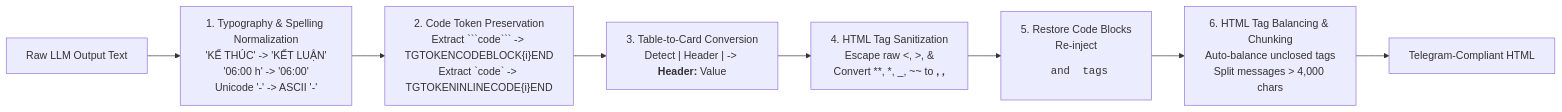
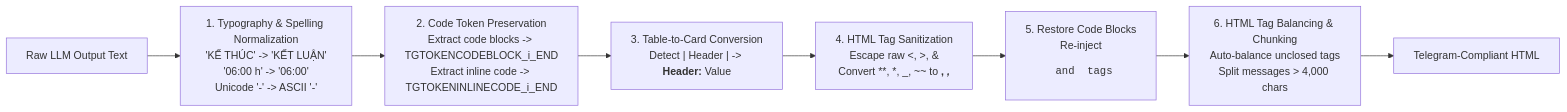
One commit to tranvanmanh9325/quan_ly_server changed the third of 9 diagrams in docs/telegram-ai-agent.md. Above: the diagram before and after it, drawn with Mermaid. The commit also changed other lines of this file and 10 other files, not shown here.

Commit message:
docs: finalize and polish Mermaid architectural diagrams across all documentation

````diff
--- a/docs/telegram-ai-agent.md
+++ b/docs/telegram-ai-agent.md
@@ -91,16 +88,10 @@
 ```mermaid
 flowchart LR
     RawLLM["Raw LLM Output Text"] --> Step1["1. Typography & Spelling Normalization\n'KẾ THÚC' -> 'KẾT LUẬN'\n'06:00 h' -> '06:00'\nUnicode '-' -> ASCII '-'"]
-    
-    Step1 --> Step2["2. Code Token Preservation\nExtract ```code``` -> TGTOKENCODEBLOCK{i}END\nExtract `code` -> TGTOKENINLINECODE{i}END"]
-    
+    Step1 --> Step2["2. Code Token Preservation\nExtract code blocks -> TGTOKENCODEBLOCK_i_END\nExtract inline code -> TGTOKENINLINECODE_i_END"]
     Step2 --> Step3["3. Table-to-Card Conversion\nDetect | Header | -> <b>Header:</b> Value"]
-    
     Step3 --> Step4["4. HTML Tag Sanitization\nEscape raw <, >, &\nConvert **, *, _, ~~ to <b>, <i>, <s>"]
-    
     Step4 --> Step5["5. Restore Code Blocks\nRe-inject <pre><code> and <code> tags"]
-    
     Step5 --> Step6["6. HTML Tag Balancing & Chunking\nAuto-balance unclosed tags\nSplit messages > 4,000 chars"]
-    
     Step6 --> OutputHTML["Telegram-Compliant HTML"]
 ```
````
